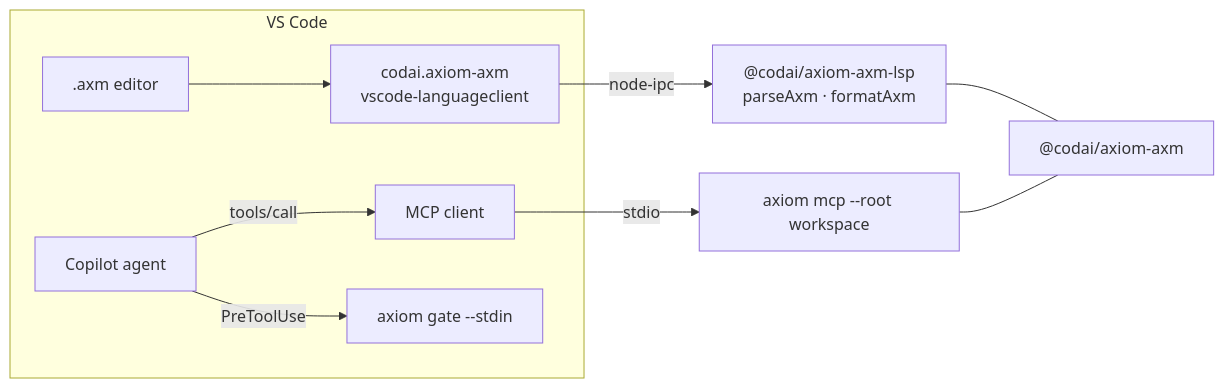
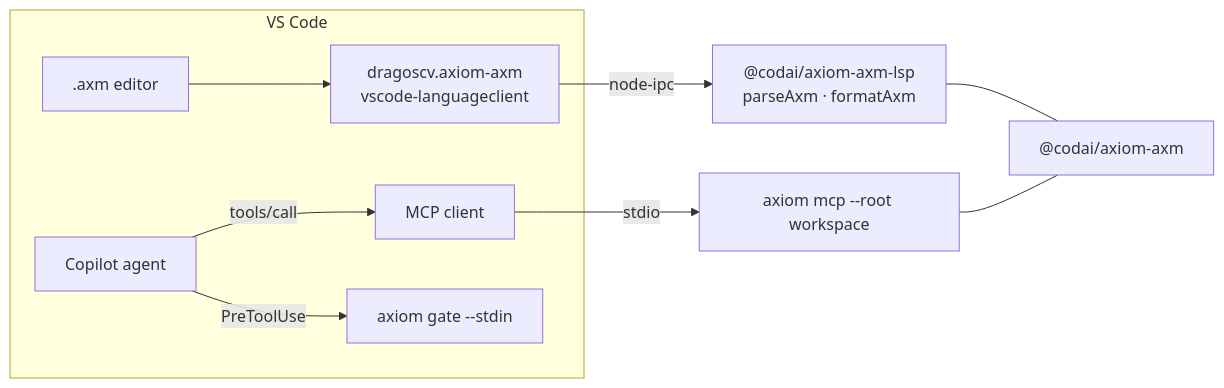
One commit to dragoscv/axiom changed the diagram in docs/integration/vscode.md. Above: the diagram before and after it, drawn with Mermaid. The commit also changed other lines of this file and 6 other files, not shown here.

First line of the commit message:
ci(release): publish dragoscv.axiom-axm with the codai managed identity (OIDC, environment marketplace-publish) like dragoscv.codai-vscode; Marketplace listing README + metadata; docs use dragoscv.axiom-axm (S-412, S-601)

````diff
--- a/docs/integration/vscode.md
+++ b/docs/integration/vscode.md
@@ -13,12 +13,12 @@
 ```mermaid
 flowchart LR
   subgraph vscode [VS Code]
-    ED[.axm editor] --> EXT[codai.axiom-axm<br/>vscode-languageclient]
+    ED[.axm editor] --> EXT[dragoscv.axiom-axm<br/>vscode-languageclient]
     CP[Copilot agent] -->|tools/call| MCPC[MCP client]
     CP -->|PreToolUse| HK[axiom gate --stdin]
   end
   EXT -->|node-ipc| LSP["@codai/axiom-axm-lsp<br/>parseAxm · formatAxm"]
   MCPC -->|stdio| SRV[axiom mcp --root workspace]
   LSP --- AXM["@codai/axiom-axm"]
   SRV --- AXM
 ```
````
